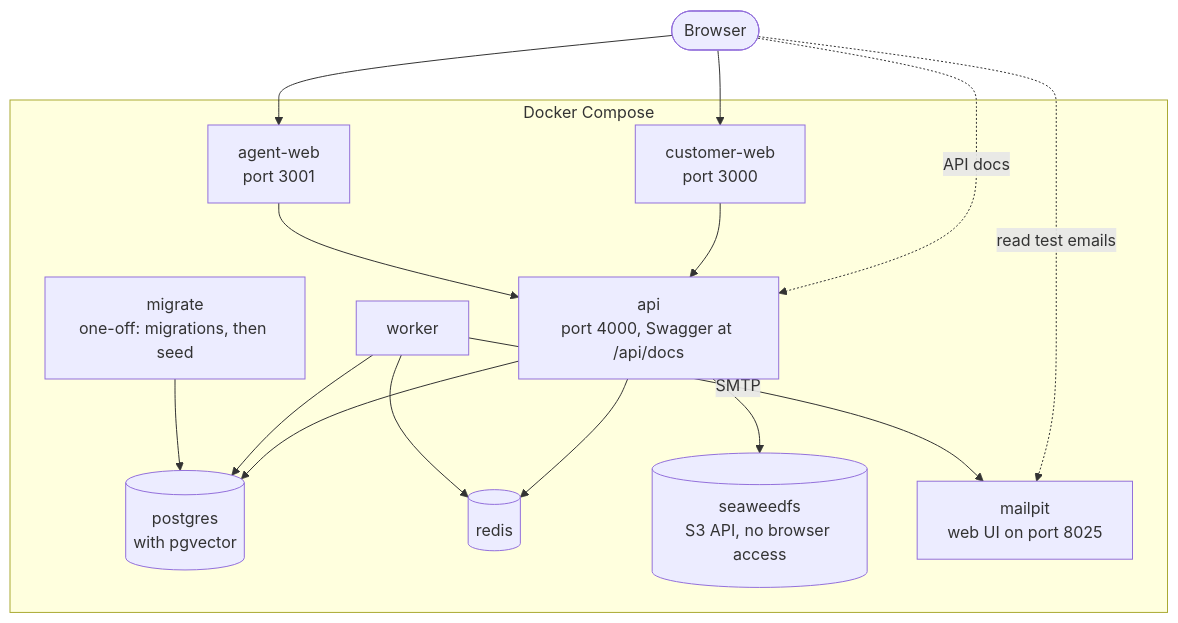
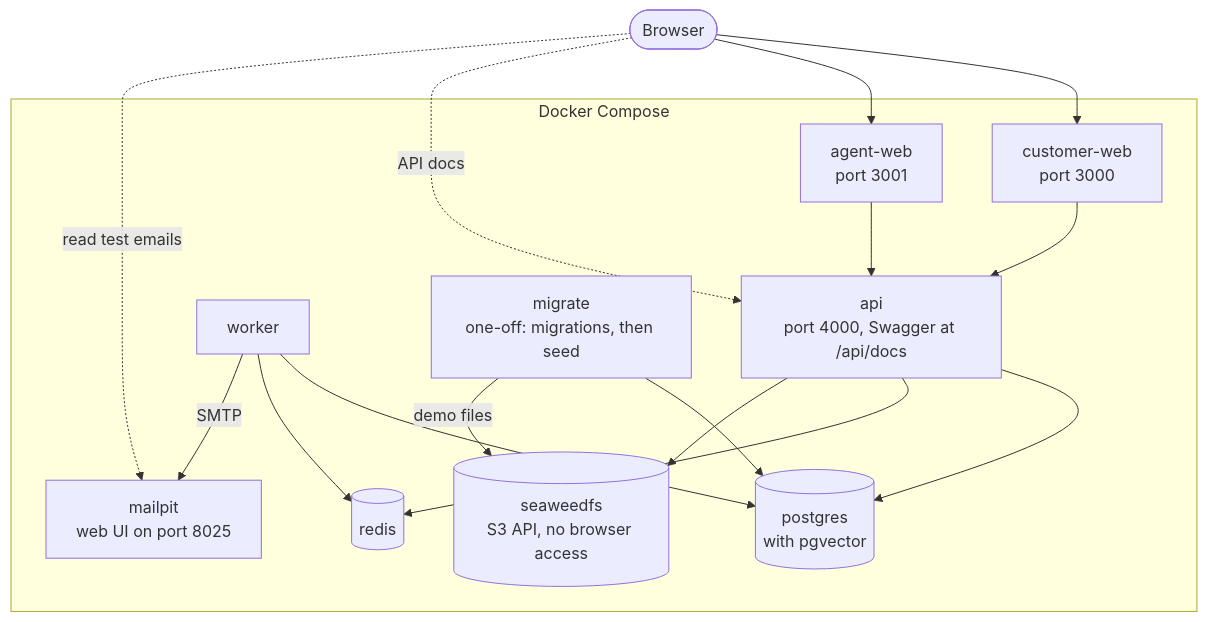
The eighth of 8 diagrams in docs/ARCHITECTURE.md (AqeelDEV/dsd-support-system), drawn with Mermaid before and after one commit. The commit also changed other lines of this file and 9 other files, not shown here.

````diff
--- a/docs/ARCHITECTURE.md
+++ b/docs/ARCHITECTURE.md
@@ -345,28 +346,29 @@
 ```mermaid
 flowchart TB
     browser(["Browser"])
     subgraph compose["Docker Compose"]
         cweb["customer-web<br/>port 3000"]
         aweb["agent-web<br/>port 3001"]
         api["api<br/>port 4000, Swagger at /api/docs"]
         worker["worker"]
         migrate["migrate<br/>one-off: migrations, then seed"]
         pg[("postgres<br/>with pgvector")]
         redis[("redis")]
         s3[("seaweedfs<br/>S3 API, no browser access")]
         mailpit["mailpit<br/>web UI on port 8025"]
     end
     browser --> cweb
     browser --> aweb
     browser -.->|API docs| api
     browser -.->|read test emails| mailpit
     cweb --> api
     aweb --> api
     api --> pg
     api --> redis
     api --> s3
     worker --> pg
     worker --> redis
     worker -->|SMTP| mailpit
     migrate --> pg
+    migrate -->|demo files| s3
 ```
````
